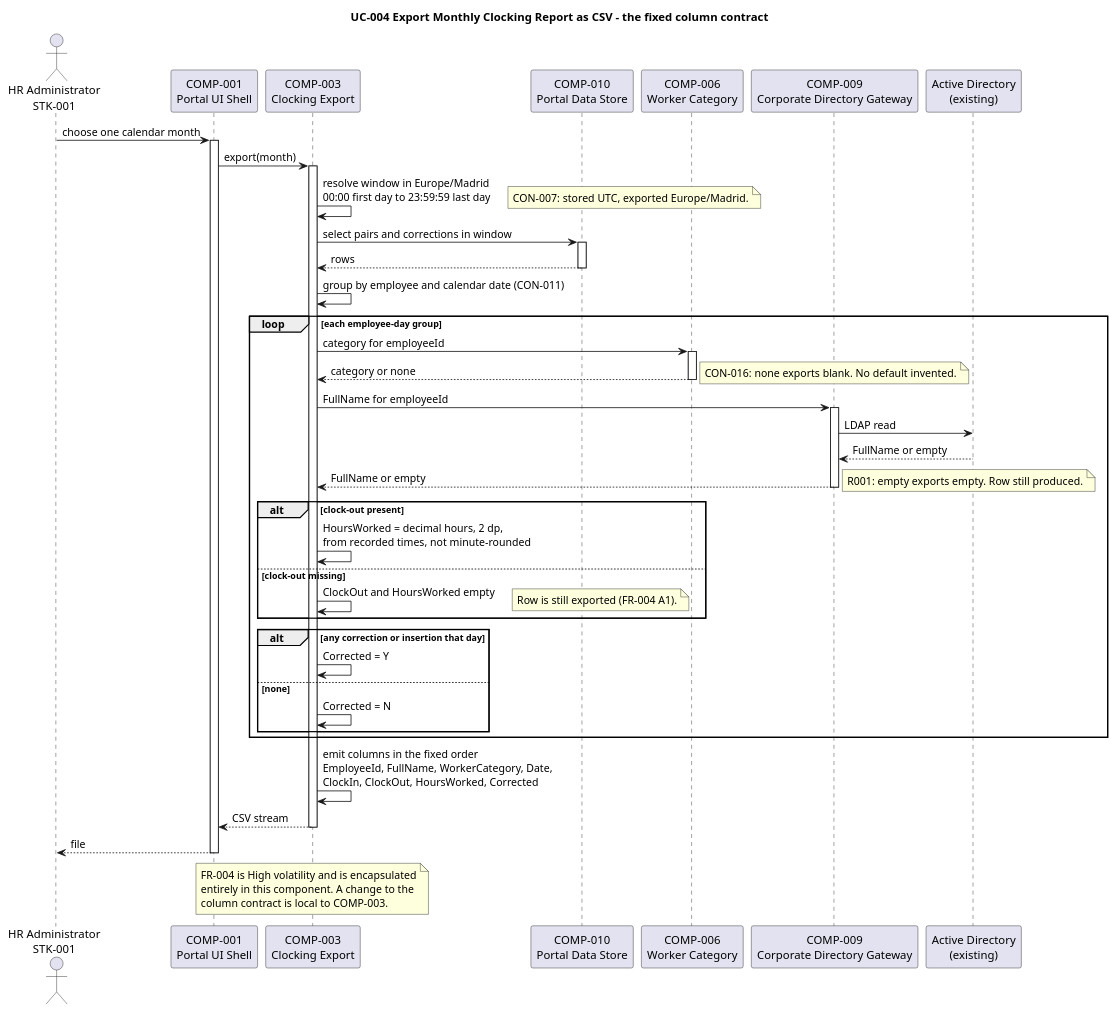
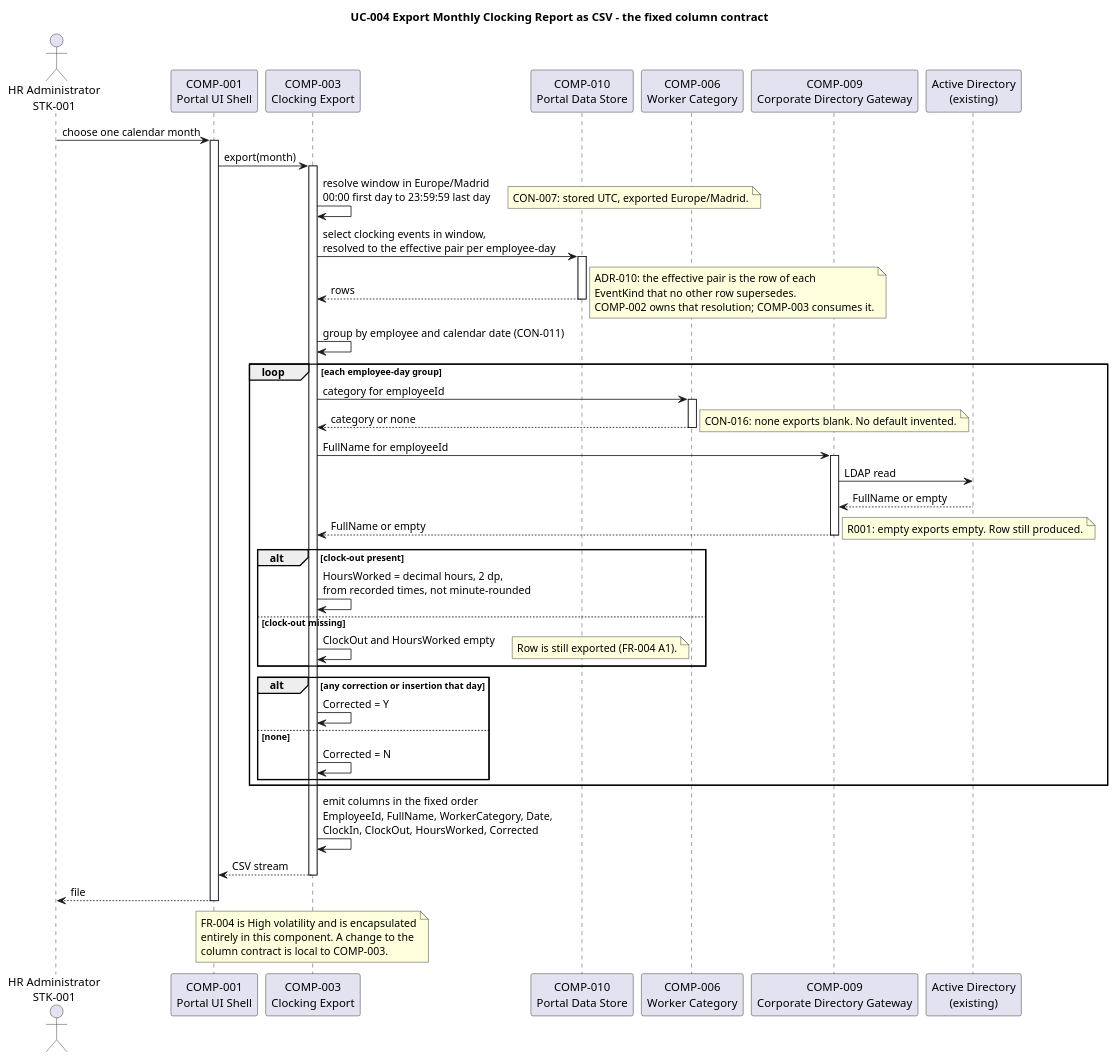
The second of 9 diagrams in docs/artifacts/analysis---design/software-architecture-document.md (banense-test/portal), drawn with PlantUML before and after one commit. The commit also changed other lines of this file, not shown here.

First line of the commit message:
Software Architect [I2]: upsert Software Architecture Document

````diff
--- a/docs/artifacts/analysis---design/software-architecture-document.md
+++ b/docs/artifacts/analysis---design/software-architecture-document.md
@@ -446,68 +454,73 @@
 ```plantuml
 @startuml
 title UC-004 Export Monthly Clocking Report as CSV - the fixed column contract
 
 actor "HR Administrator\nSTK-001" as HR
 participant "COMP-001\nPortal UI Shell" as UI
 participant "COMP-003\nClocking Export" as EXP
 participant "COMP-010\nPortal Data Store" as STORE
 participant "COMP-006\nWorker Category" as CAT
 participant "COMP-009\nCorporate Directory Gateway" as GW
 participant "Active Directory\n(existing)" as AD
 
 HR -> UI : choose one calendar month
 activate UI
 UI -> EXP : export(month)
 activate EXP
 EXP -> EXP : resolve window in Europe/Madrid\n00:00 first day to 23:59:59 last day
 note right: CON-007: stored UTC, exported Europe/Madrid.
 
-EXP -> STORE : select pairs and corrections in window
+EXP -> STORE : select clocking events in window,\nresolved to the effective pair per employee-day
 activate STORE
 STORE --> EXP : rows
 deactivate STORE
+note right
+  ADR-010: the effective pair is the row of each
+  EventKind that no other row supersedes.
+  COMP-002 owns that resolution; COMP-003 consumes it.
+end note
 
 EXP -> EXP : group by employee and calendar date (CON-011)
 
 loop each employee-day group
   EXP -> CAT : category for employeeId
   activate CAT
   CAT --> EXP : category or none
   deactivate CAT
   note right: CON-016: none exports blank. No default invented.
 
   EXP -> GW : FullName for employeeId
   activate GW
   GW -> AD : LDAP read
   AD --> GW : FullName or empty
   GW --> EXP : FullName or empty
   deactivate GW
   note right: R001: empty exports empty. Row still produced.
 
   alt clock-out present
     EXP -> EXP : HoursWorked = decimal hours, 2 dp,\nfrom recorded times, not minute-rounded
   else clock-out missing
     EXP -> EXP : ClockOut and HoursWorked empty
     note right: Row is still exported (FR-004 A1).
   end
 
   alt any correction or insertion that day
     EXP -> EXP : Corrected = Y
   else none
     EXP -> EXP : Corrected = N
   end
 end
 
 EXP -> EXP : emit columns in the fixed order\nEmployeeId, FullName, WorkerCategory, Date,\nClockIn, ClockOut, HoursWorked, Corrected
 EXP --> UI : CSV stream
 deactivate EXP
 UI --> HR : file
 deactivate UI
 
 note over EXP
   FR-004 is High volatility and is encapsulated
   entirely in this component. A change to the
   column contract is local to COMP-003.
 end note
 @enduml
 ```
````
